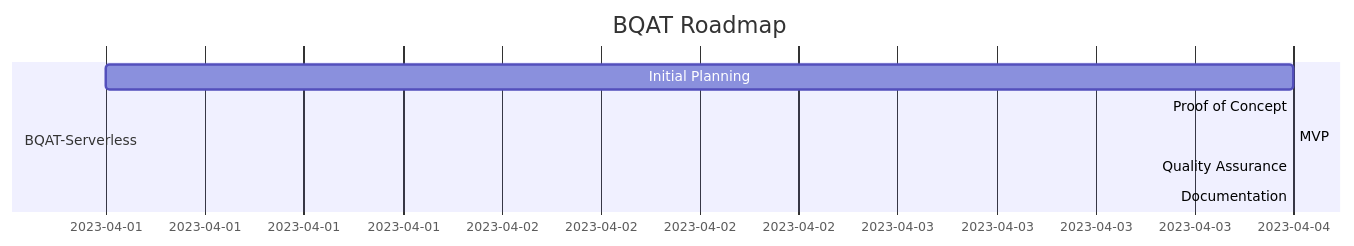
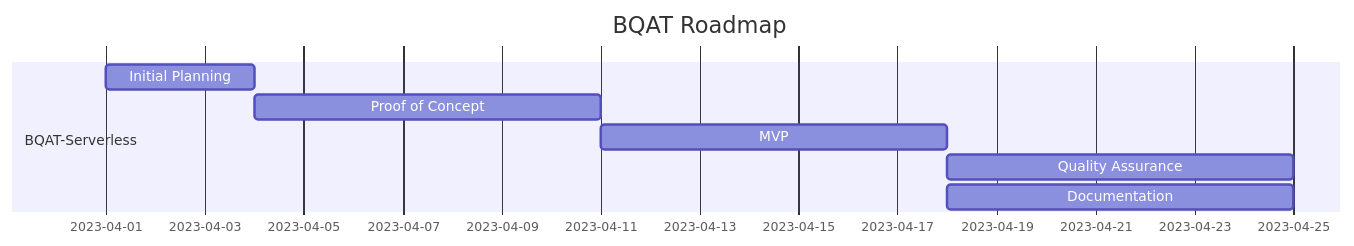
The diagram in solutions/roadmap.md (Biometix/biometix.github.io), drawn with Mermaid before and after one commit.

Commit message:
Bugfix -  Gantt Chart

````diff
--- a/solutions/roadmap.md
+++ b/solutions/roadmap.md
@@ -12,12 +12,12 @@
 ``` mermaid
 gantt
     title BQAT Roadmap
     dateFormat  YYYY-MM-DD
 
     section BQAT-Serverless
     Initial Planning    : a1, 2023-04-01, 3d
-    Proof of Concept    : a2, after a1, 7 d
-    MVP                 : a3, after a2, 7 d
-    Quality Assurance   : a4, after a3, 7 d
-    Documentation       : after a3, 7 d
+    Proof of Concept    : a2, after a1, 7d
+    MVP                 : a3, after a2, 7d
+    Quality Assurance   : a4, after a3, 7d
+    Documentation       : after a3, 7d
 ```
````
